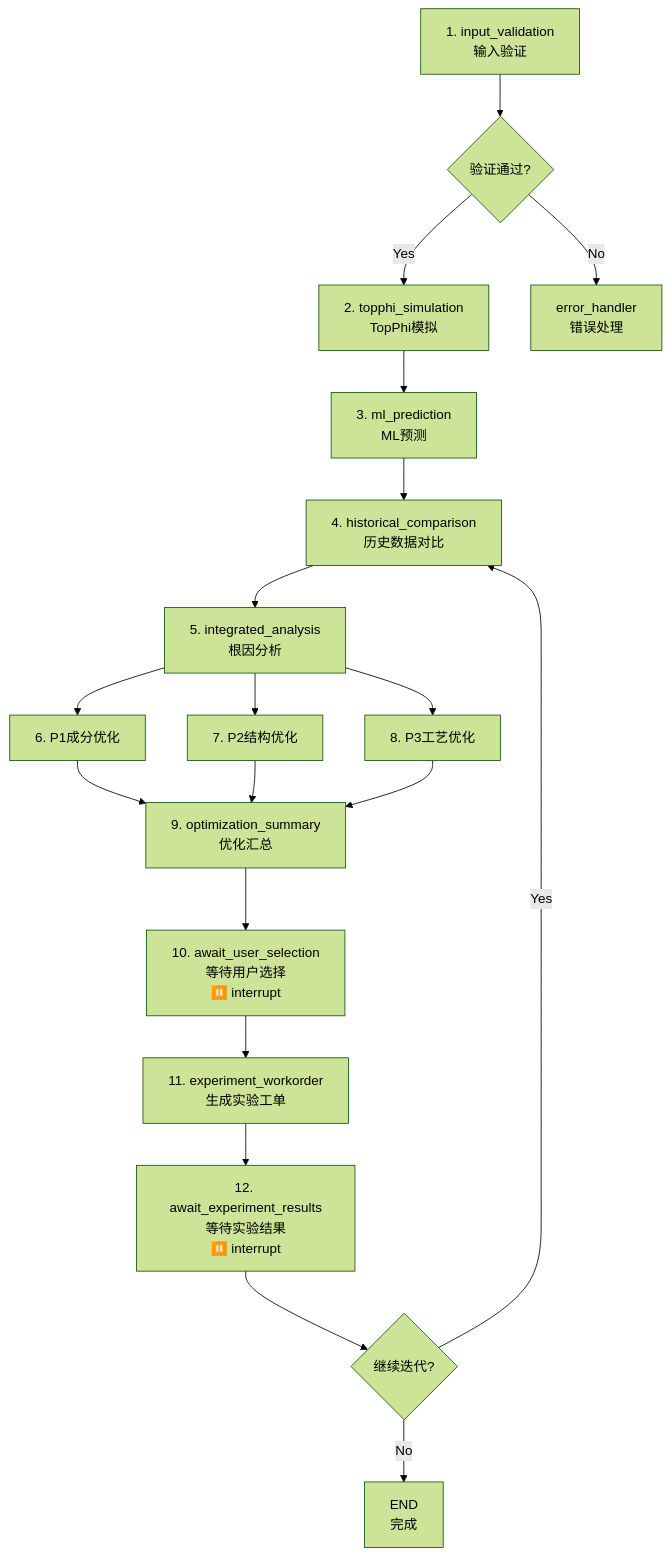
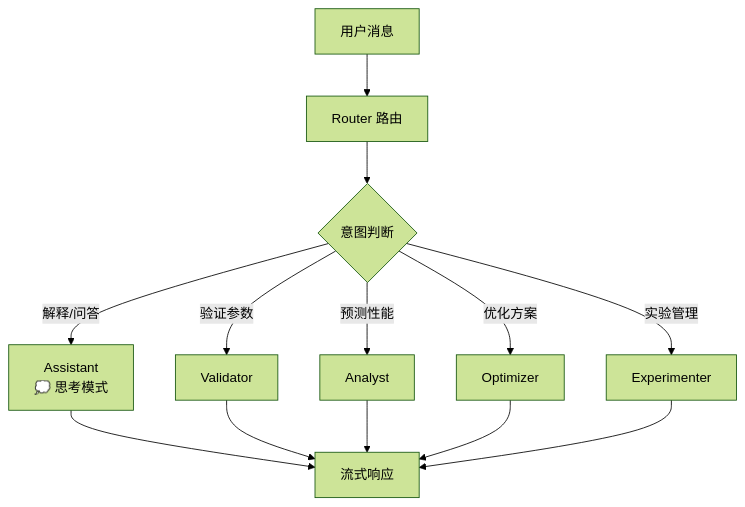
Before and after one commit to Luckybuff728/CementedCarbide_Agent: the diagram in README.md, drawn with Mermaid (forest theme). The commit also changed other lines of this file and 121 other files, not shown here.

````diff
--- a/README.md
+++ b/README.md
@@ -271,21 +271,15 @@
 ```mermaid
 graph TD
-    A[1. input_validation<br/>输入验证] --> B{验证通过?}
-    B -->|Yes| C[2. topphi_simulation<br/>TopPhi模拟]
-    B -->|No| Z[error_handler<br/>错误处理]
-    C --> D[3. ml_prediction<br/>ML预测]
-    D --> E[4. historical_comparison<br/>历史数据对比]
-    E --> F[5. integrated_analysis<br/>根因分析]
-    F --> G[6. P1成分优化]
-    F --> H[7. P2结构优化]
-    F --> I[8. P3工艺优化]
-    G --> J[9. optimization_summary<br/>优化汇总]
-    H --> J
-    I --> J
-    J --> K[10. await_user_selection<br/>等待用户选择<br/>⏸️ interrupt]
-    K --> L[11. experiment_workorder<br/>生成实验工单]
-    L --> M[12. await_experiment_results<br/>等待实验结果<br/>⏸️ interrupt]
-    M --> N{继续迭代?}
-    N -->|Yes| E
-    N -->|No| O[END<br/>完成]
+    A[用户消息] --> B[Router 路由]
+    B --> C{意图判断}
+    C -->|解释/问答| D[Assistant<br/>💭 思考模式]
+    C -->|验证参数| E[Validator]
+    C -->|预测性能| F[Analyst]
+    C -->|优化方案| G[Optimizer]
+    C -->|实验管理| H[Experimenter]
+    D --> I[流式响应]
+    E --> I
+    F --> I
+    G --> I
+    H --> I
 ```
````
